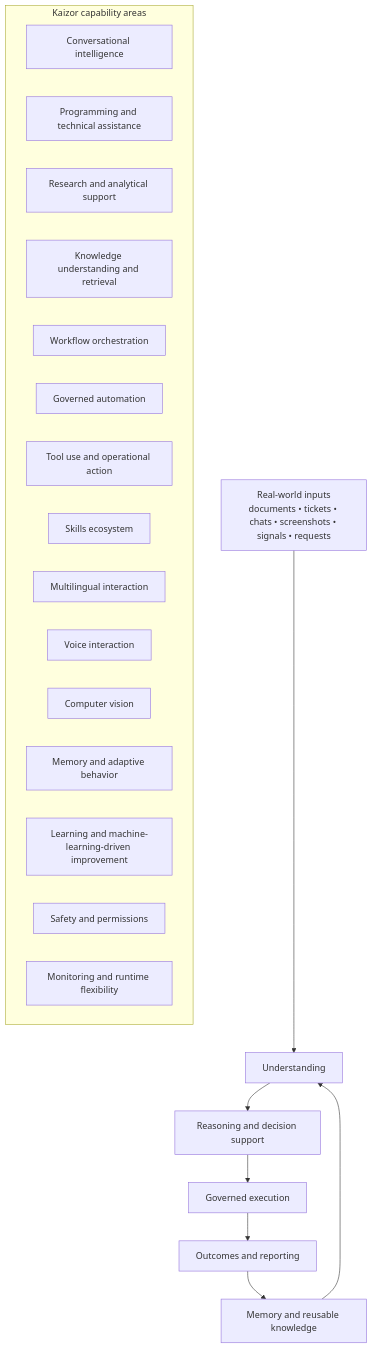
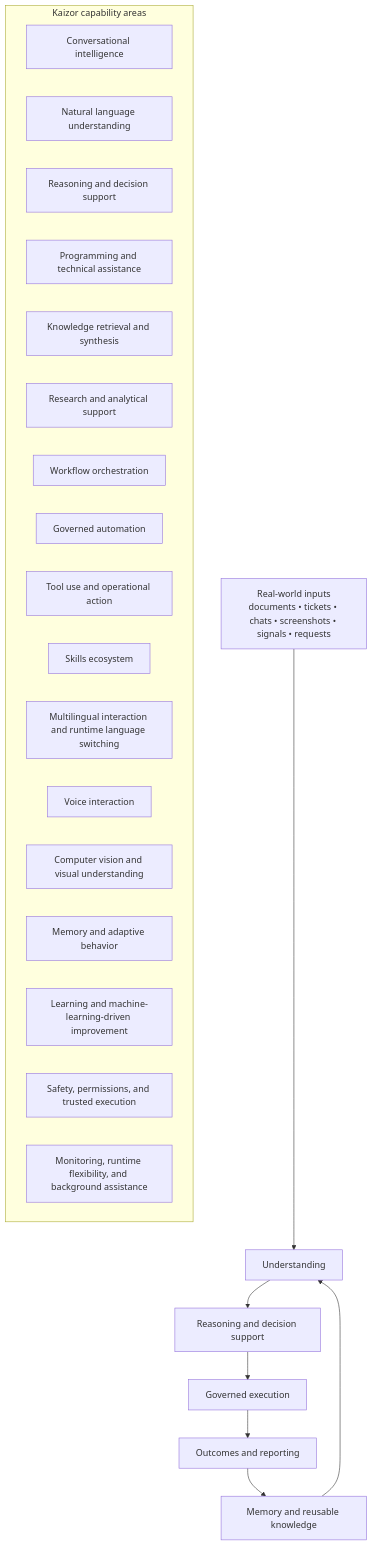
One commit to AhmedMira/kaizor-trial-release changed the first of 7 diagrams in KAIZOR_PLATFORM_README.md. Above: the diagram before and after it, drawn with Mermaid. The commit also changed other lines of this file, not shown here.

Commit message:
docs: complete platform coverage with runtime, language, and knowledge layers

````diff
--- a/KAIZOR_PLATFORM_README.md
+++ b/KAIZOR_PLATFORM_README.md
@@ -352,27 +401,29 @@
 ```mermaid
 flowchart TB
   A[Real-world inputs<br/>documents • tickets • chats • screenshots • signals • requests] --> B[Understanding]
   B --> C[Reasoning and decision support]
   C --> D[Governed execution]
   D --> E[Outcomes and reporting]
   E --> F[Memory and reusable knowledge]
   F --> B
 
   subgraph G[Kaizor capability areas]
     G1[Conversational intelligence]
-    G2[Programming and technical assistance]
-    G3[Research and analytical support]
-    G4[Knowledge understanding and retrieval]
-    G5[Workflow orchestration]
-    G6[Governed automation]
-    G7[Tool use and operational action]
-    G8[Skills ecosystem]
-    G9[Multilingual interaction]
-    G10[Voice interaction]
-    G11[Computer vision]
-    G12[Memory and adaptive behavior]
-    G13[Learning and machine-learning-driven improvement]
-    G14[Safety and permissions]
-    G15[Monitoring and runtime flexibility]
+    G2[Natural language understanding]
+    G3[Reasoning and decision support]
+    G4[Programming and technical assistance]
+    G5[Knowledge retrieval and synthesis]
+    G6[Research and analytical support]
+    G7[Workflow orchestration]
+    G8[Governed automation]
+    G9[Tool use and operational action]
+    G10[Skills ecosystem]
+    G11[Multilingual interaction and runtime language switching]
+    G12[Voice interaction]
+    G13[Computer vision and visual understanding]
+    G14[Memory and adaptive behavior]
+    G15[Learning and machine-learning-driven improvement]
+    G16[Safety, permissions, and trusted execution]
+    G17[Monitoring, runtime flexibility, and background assistance]
   end
 ```
````
